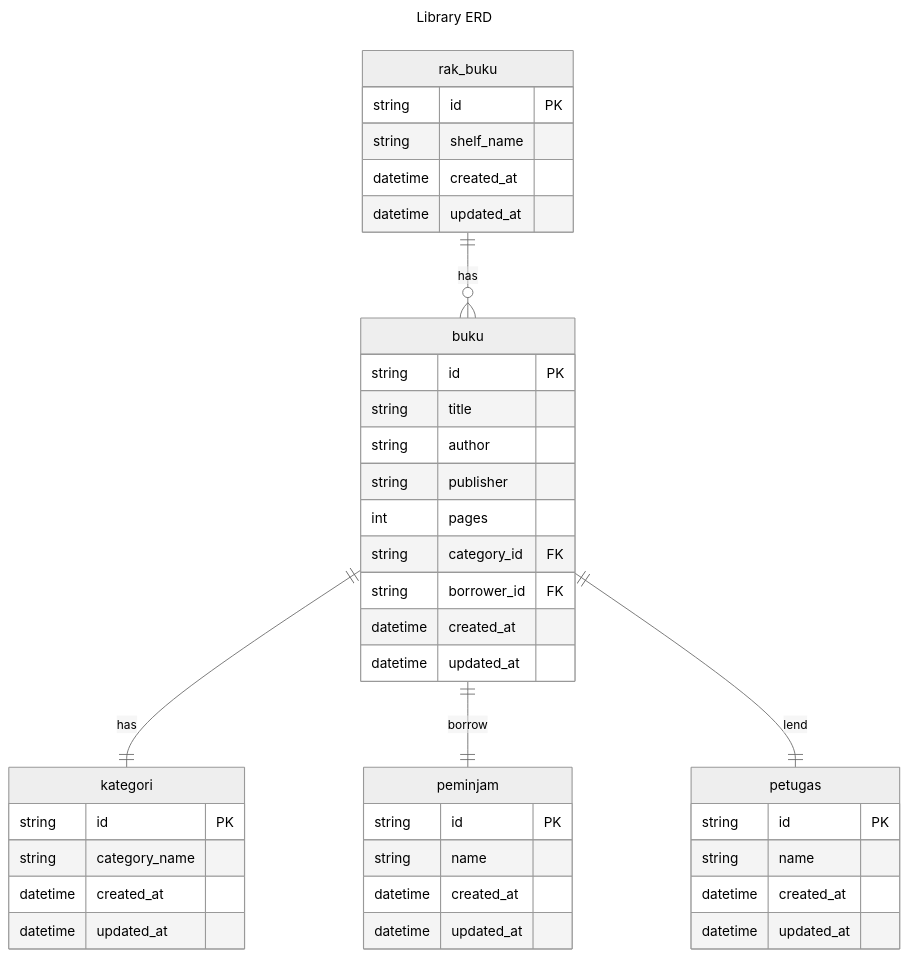
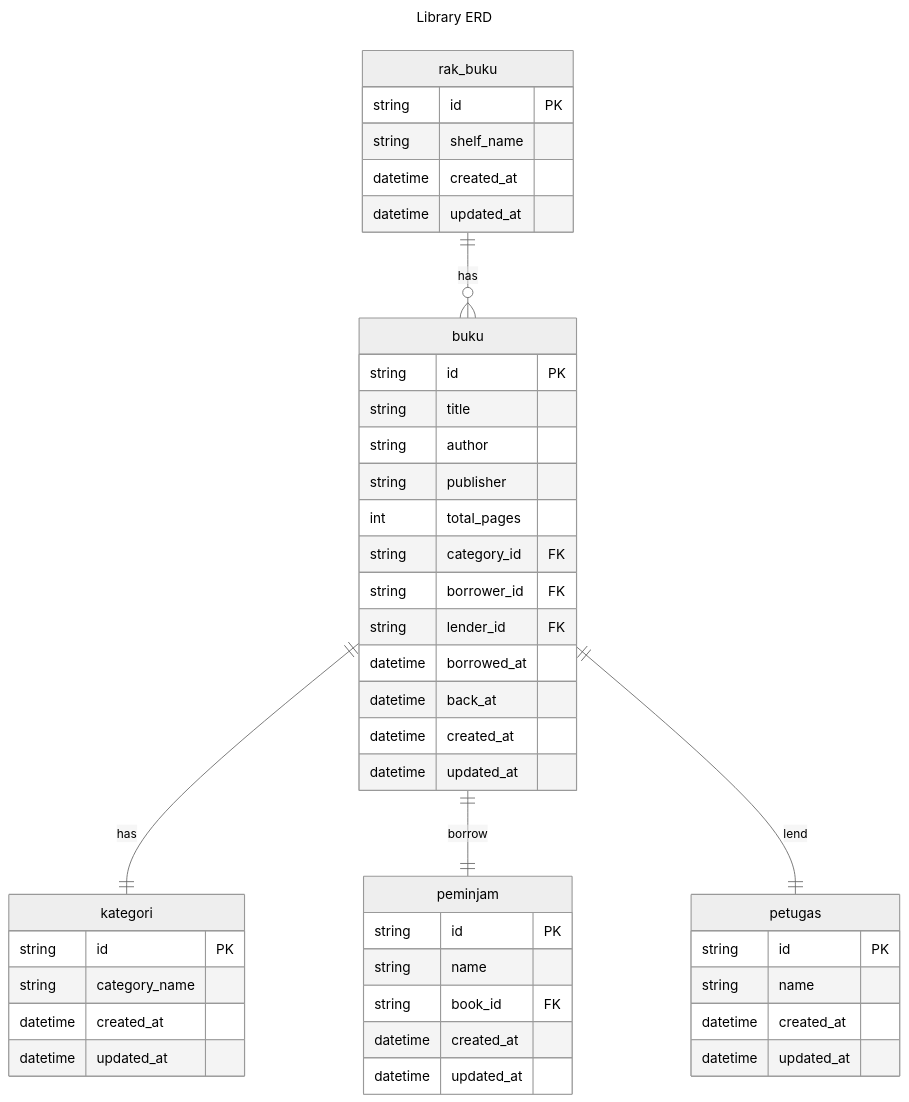
One commit to rezafauzan/koda-b6-db1 changed the diagram in ERD.md. Above: the diagram before and after it, drawn with Mermaid (neutral theme).

Commit message:
Feat: add additional table data

````diff
--- a/ERD.md
+++ b/ERD.md
@@ -2,51 +2,55 @@
 ```mermaid
 ---
-    title: Library ERD
+title: Library ERD
 ---
-    erDiagram
+erDiagram
 
     buku {
         string id PK
         string title
         string author
         string publisher
-        int pages
+        int total_pages
         string category_id FK
         string borrower_id FK
+        string lender_id FK
+        datetime borrowed_at
+        datetime back_at
         datetime created_at
         datetime updated_at
     }
 
     kategori {
         string id PK
         string category_name
         datetime created_at
         datetime updated_at
     }
 
     rak_buku {
         string id PK
         string shelf_name
         datetime created_at
         datetime updated_at
     }
 
     petugas{
         string id PK
         string name
         datetime created_at
         datetime updated_at
     }
     
     peminjam{
         string id PK
         string name
+        string book_id FK
         datetime created_at
         datetime updated_at
     }
 
     buku ||--|| kategori : has
     rak_buku only one to zero or many buku : has
     buku only one to only one peminjam : borrow
     buku only one to only one petugas : lend
 ```
````
